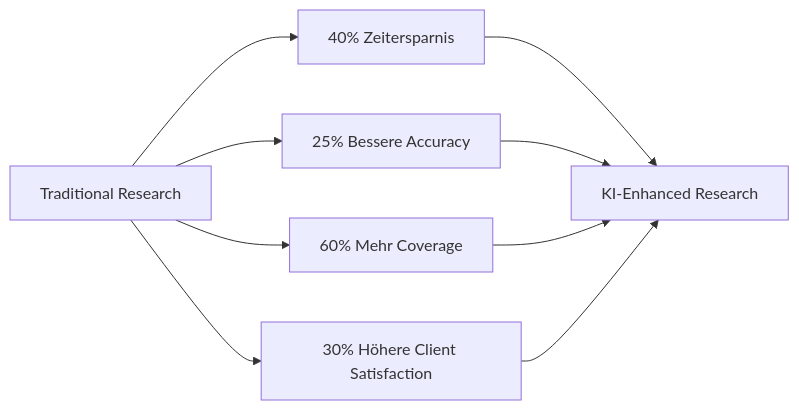
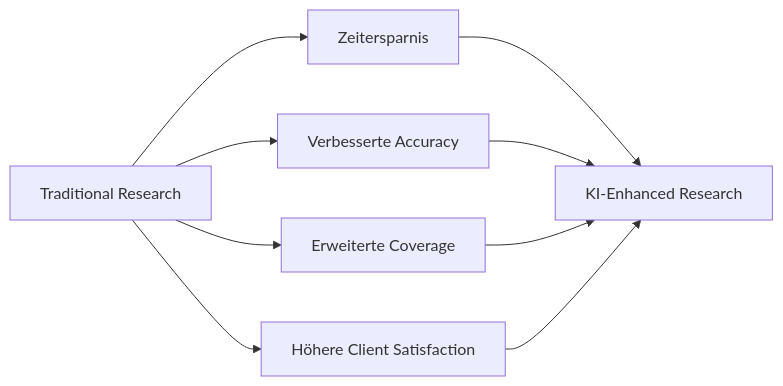
The fifth of 8 diagrams in 06c_Research_KI_Technology.md (ProfDrT/investment-bank), drawn with Mermaid before and after one commit. The commit also changed other lines of this file and 1 other file, not shown here.

First line of the commit message:
refactor: remove quantified productivity claims from research docs

````diff
--- a/06c_Research_KI_Technology.md
+++ b/06c_Research_KI_Technology.md
@@ -202,12 +202,12 @@
 ```mermaid
 graph LR
-  A["Traditional Research"] --> B["40% Zeitersparnis"]
-  A --> C["25% Bessere Accuracy"] 
-  A --> D["60% Mehr Coverage"]
-  A --> E["30% Höhere Client Satisfaction"]
+  A["Traditional Research"] --> B["Zeitersparnis"]
+  A --> C["Verbesserte Accuracy"] 
+  A --> D["Erweiterte Coverage"]
+  A --> E["Höhere Client Satisfaction"]
   
   B --> F["KI-Enhanced Research"]
   C --> F
   D --> F
   E --> F
 ```
````
